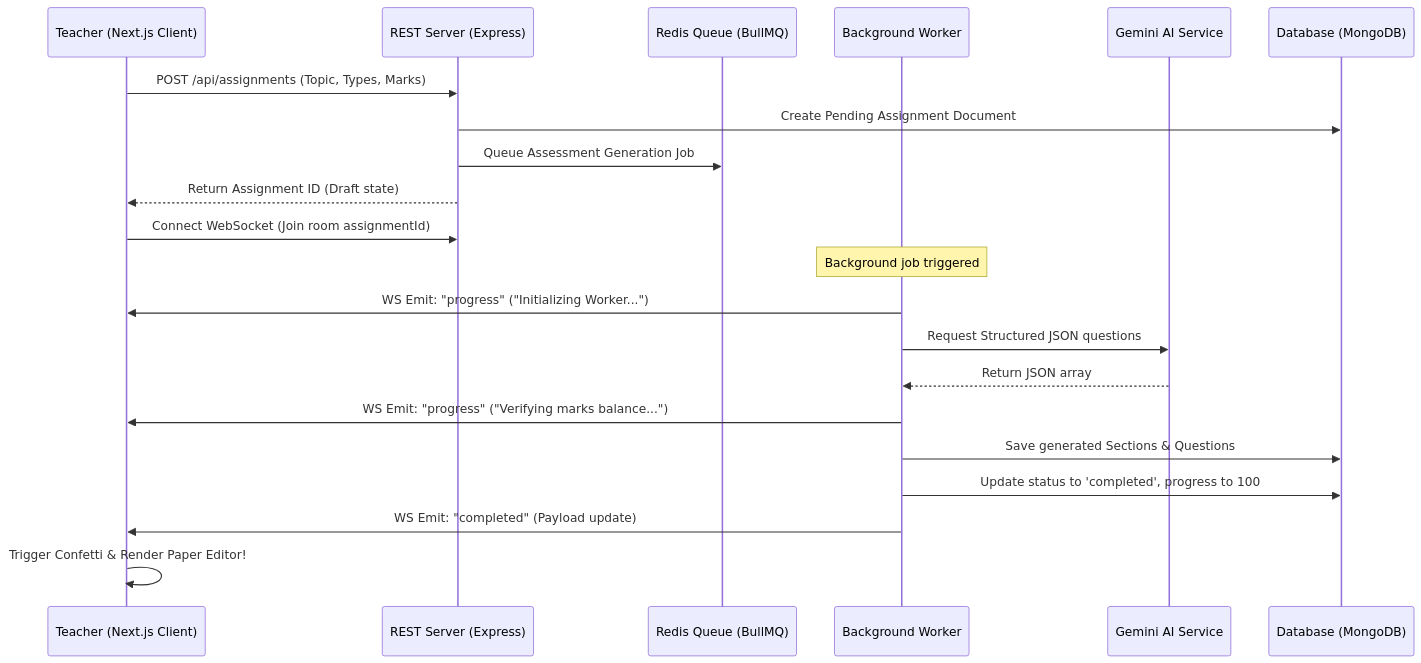
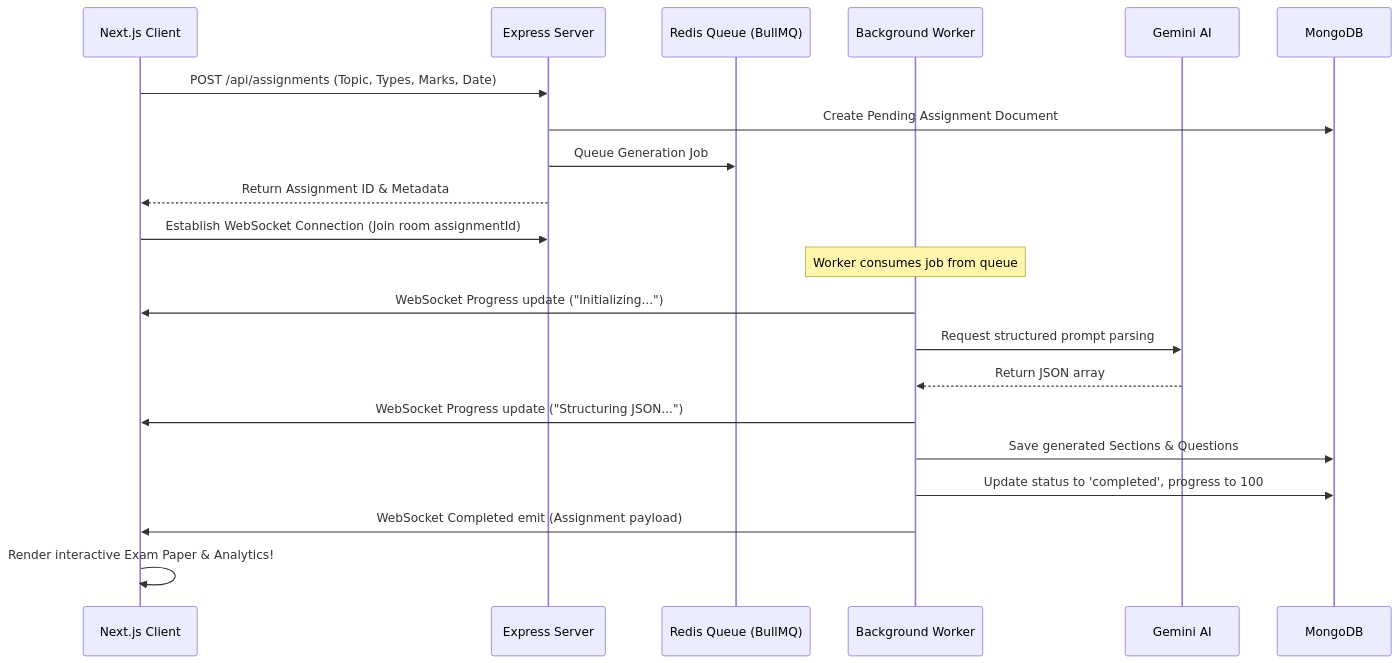
Before and after one commit to piyushTripathi21/veda-ai-assessment-creator: the diagram in README.md, drawn with Mermaid. The commit also changed other lines of this file, not shown here.

````diff
--- a/README.md
+++ b/README.md
@@ -95,25 +89,25 @@
 ```mermaid
 sequenceDiagram
-    participant Teacher as Teacher (Next.js Client)
-    participant REST as REST Server (Express)
-    participant Redis as Redis Queue (BullMQ)
+    participant Teacher as Next.js Client
+    participant REST as Express Server
+    participant Queue as Redis Queue (BullMQ)
     participant Worker as Background Worker
-    participant Gemini as Gemini AI Service
-    participant Mongo as Database (MongoDB)
+    participant Gemini as Gemini AI
+    participant Mongo as MongoDB
     
-    Teacher->>REST: POST /api/assignments (Topic, Types, Marks)
+    Teacher->>REST: POST /api/assignments (Topic, Types, Marks, Date)
     REST->>Mongo: Create Pending Assignment Document
-    REST->>Redis: Queue Assessment Generation Job
-    REST-->>Teacher: Return Assignment ID (Draft state)
-    Teacher->>REST: Connect WebSocket (Join room assignmentId)
+    REST->>Queue: Queue Generation Job
+    REST-->>Teacher: Return Assignment ID & Metadata
+    Teacher->>REST: Establish WebSocket Connection (Join room assignmentId)
     
-    Note over Worker: Background job triggered
-    Worker->>Teacher: WS Emit: "progress" ("Initializing Worker...")
-    Worker->>Gemini: Request Structured JSON questions
+    Note over Worker: Worker consumes job from queue
+    Worker->>Teacher: WebSocket Progress update ("Initializing...")
+    Worker->>Gemini: Request structured prompt parsing
     Gemini-->>Worker: Return JSON array
-    Worker->>Teacher: WS Emit: "progress" ("Verifying marks balance...")
+    Worker->>Teacher: WebSocket Progress update ("Structuring JSON...")
     Worker->>Mongo: Save generated Sections & Questions
     Worker->>Mongo: Update status to 'completed', progress to 100
-    Worker->>Teacher: WS Emit: "completed" (Payload update)
-    Teacher->>Teacher: Trigger Confetti & Render Paper Editor!
+    Worker->>Teacher: WebSocket Completed emit (Assignment payload)
+    Teacher->>Teacher: Render interactive Exam Paper & Analytics!
 ```
````
